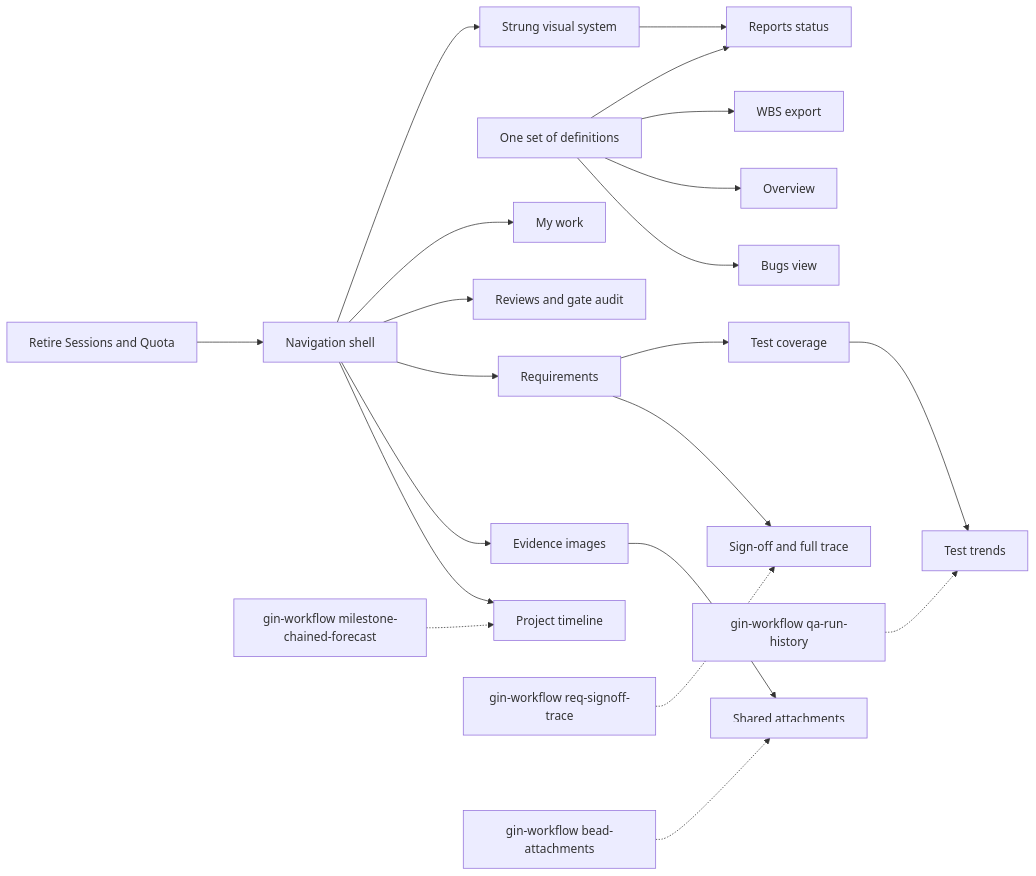
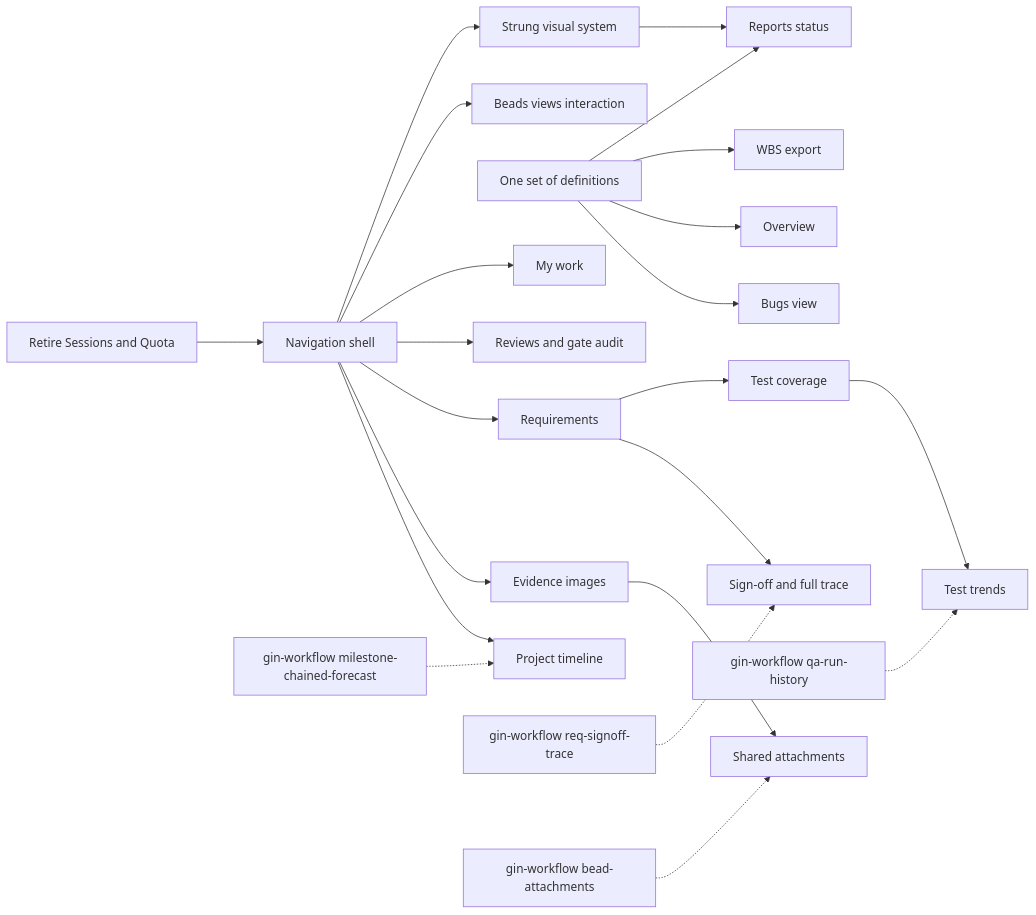
The diagram in docs/roadmap.md (giangdhwhtbr/gin-console), drawn with Mermaid before and after one commit. The commit also changed other lines of this file, not shown here.

Commit message:
docs(roadmap): Beads views interaction split out of Navigation shell

````diff
--- a/docs/roadmap.md
+++ b/docs/roadmap.md
@@ -65,23 +65,24 @@
 ```mermaid
 flowchart LR
   retire[Retire Sessions and Quota] --> shell[Navigation shell]
   shell --> strung[Strung visual system]
+  shell --> beadsviews[Beads views interaction]
   defs[One set of definitions] --> status[Reports status]
   strung --> status
   defs --> wbs[WBS export]
   defs --> overview[Overview]
   shell --> mywork[My work]
   shell --> audit[Reviews and gate audit]
   shell --> reqs[Requirements]
   reqs --> tests[Test coverage]
   defs --> bugs[Bugs view]
   shell --> imgA[Evidence images]
   shell --> timeline[Project timeline]
   gw1[gin-workflow milestone-chained-forecast] -.-> timeline
   reqs --> signoff[Sign-off and full trace]
   gw2[gin-workflow req-signoff-trace] -.-> signoff
   tests --> trends[Test trends]
   gw3[gin-workflow qa-run-history] -.-> trends
   imgA --> imgB[Shared attachments]
   gw4[gin-workflow bead-attachments] -.-> imgB
 ```
````
